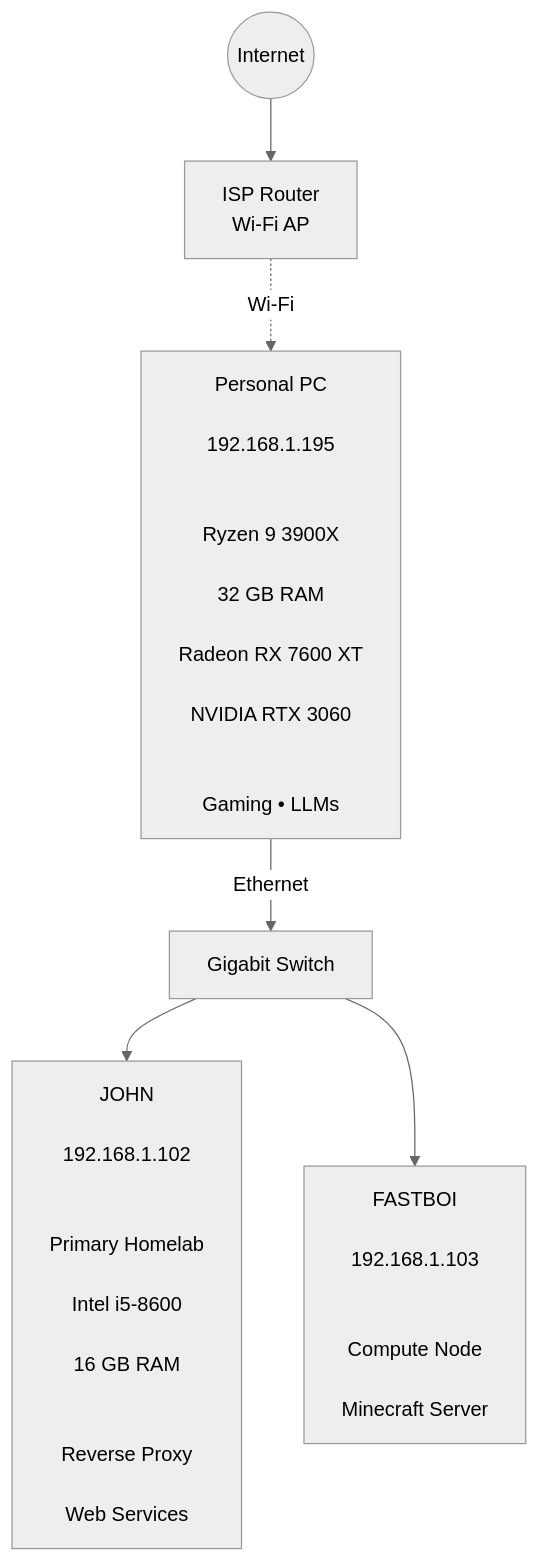
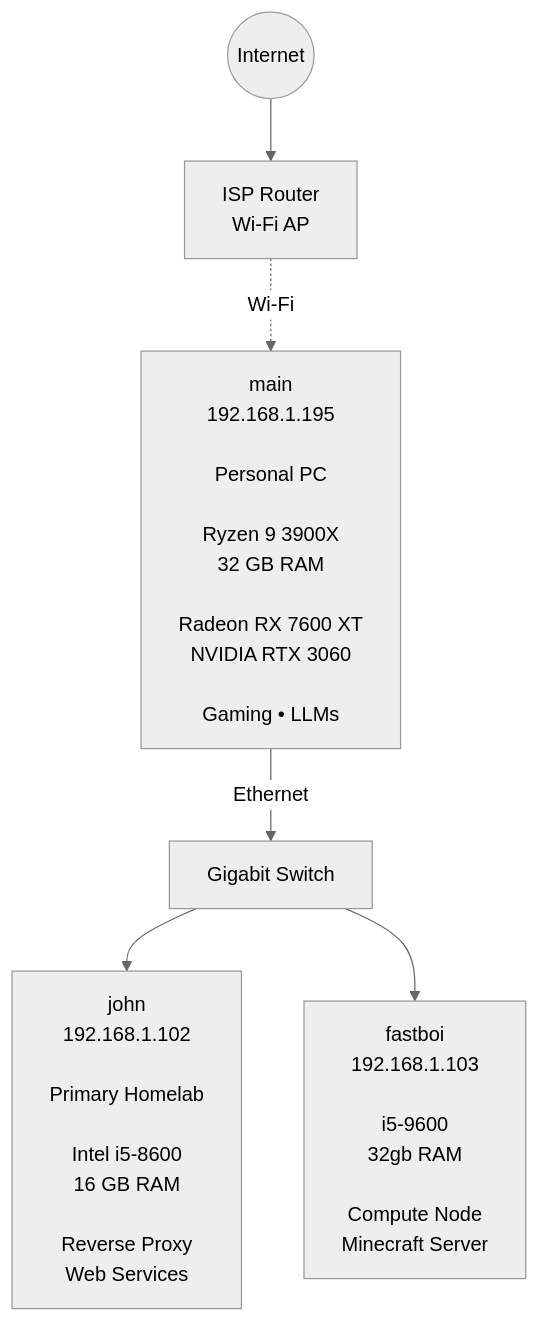
The diagram in README.md (IronRocket/homelab), drawn with Mermaid (neutral theme) before and after one commit. The commit also changed other lines of this file, not shown here.

````diff
--- a/README.md
+++ b/README.md
@@ -3,36 +3,39 @@
 ```mermaid
 flowchart TB
     Internet((Internet))
 
     Router["ISP Router<br/>Wi-Fi AP"]
 
     Switch["Gigabit Switch"]
 
-    PC["Personal PC<br/>
-    192.168.1.195<br/><br/>
-    Ryzen 9 3900X<br/>
+    Main["main
+    192.168.1.195<br/>
+    Personal PC<br/>
+    Ryzen 9 3900X
     32 GB RAM<br/>
-    Radeon RX 7600 XT<br/>
-    NVIDIA RTX 3060<br/><br/>
+    Radeon RX 7600 XT
+    NVIDIA RTX 3060<br/>
     Gaming • LLMs"]
 
-    JOHN["JOHN<br/>
-    192.168.1.102<br/><br/>
+    JOHN["john
+    192.168.1.102<br/>
     Primary Homelab<br/>
-    Intel i5-8600<br/>
-    16 GB RAM<br/><br/>
-    Reverse Proxy<br/>
+    Intel i5-8600
+    16 GB RAM<br/>
+    Reverse Proxy
     Web Services"]
 
-    FAST["FASTBOI<br/>
-    192.168.1.103<br/><br/>
-    Compute Node<br/>
+    FAST["fastboi
+    192.168.1.103<br/>
+    i5-9600
+    32gb RAM<br/>
+    Compute Node
     Minecraft Server"]
 
     Internet --> Router
-    Router -. Wi-Fi .-> PC
-    PC -->|Ethernet| Switch
+    Router -. Wi-Fi .-> Main
+    Main -->|Ethernet| Switch
 
     Switch --> JOHN
     Switch --> FAST
 ```
````
